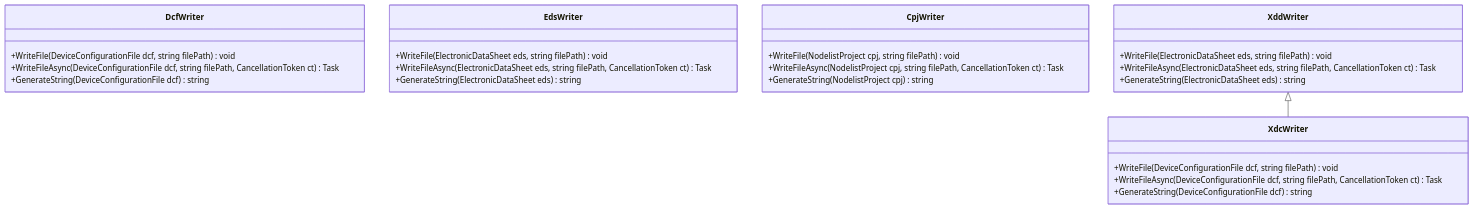
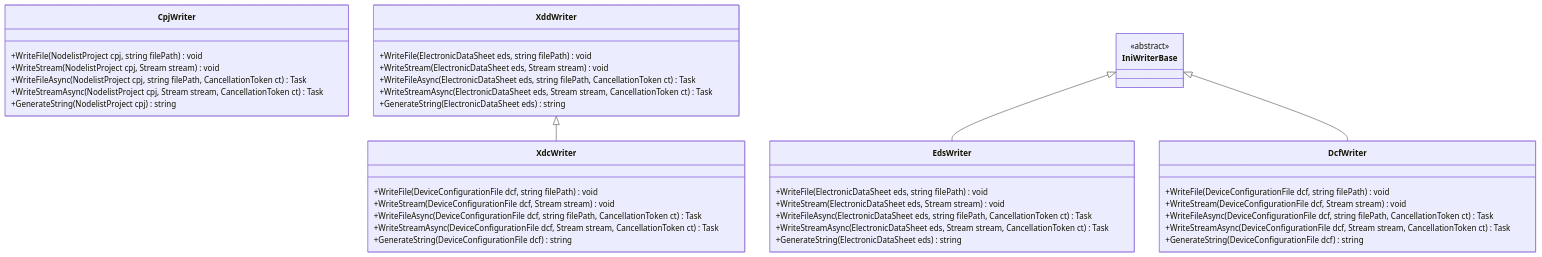
One commit to dborgards/eds-dcf-net changed the third of 8 diagrams in docs/architecture/05-building-block-view.md. Above: the diagram before and after it, drawn with Mermaid. The commit also changed other lines of this file and 6 other files, not shown here.

````diff
--- a/docs/architecture/05-building-block-view.md
+++ b/docs/architecture/05-building-block-view.md
@@ -154,34 +156,50 @@
 ```mermaid
 classDiagram
     class DcfWriter {
         +WriteFile(DeviceConfigurationFile dcf, string filePath) void
+        +WriteStream(DeviceConfigurationFile dcf, Stream stream) void
         +WriteFileAsync(DeviceConfigurationFile dcf, string filePath, CancellationToken ct) Task
+        +WriteStreamAsync(DeviceConfigurationFile dcf, Stream stream, CancellationToken ct) Task
         +GenerateString(DeviceConfigurationFile dcf) string
     }
 
     class EdsWriter {
         +WriteFile(ElectronicDataSheet eds, string filePath) void
+        +WriteStream(ElectronicDataSheet eds, Stream stream) void
         +WriteFileAsync(ElectronicDataSheet eds, string filePath, CancellationToken ct) Task
+        +WriteStreamAsync(ElectronicDataSheet eds, Stream stream, CancellationToken ct) Task
         +GenerateString(ElectronicDataSheet eds) string
     }
 
     class CpjWriter {
         +WriteFile(NodelistProject cpj, string filePath) void
+        +WriteStream(NodelistProject cpj, Stream stream) void
         +WriteFileAsync(NodelistProject cpj, string filePath, CancellationToken ct) Task
+        +WriteStreamAsync(NodelistProject cpj, Stream stream, CancellationToken ct) Task
         +GenerateString(NodelistProject cpj) string
     }
 
     class XddWriter {
         +WriteFile(ElectronicDataSheet eds, string filePath) void
+        +WriteStream(ElectronicDataSheet eds, Stream stream) void
         +WriteFileAsync(ElectronicDataSheet eds, string filePath, CancellationToken ct) Task
+        +WriteStreamAsync(ElectronicDataSheet eds, Stream stream, CancellationToken ct) Task
         +GenerateString(ElectronicDataSheet eds) string
     }
 
     class XdcWriter {
         +WriteFile(DeviceConfigurationFile dcf, string filePath) void
+        +WriteStream(DeviceConfigurationFile dcf, Stream stream) void
         +WriteFileAsync(DeviceConfigurationFile dcf, string filePath, CancellationToken ct) Task
+        +WriteStreamAsync(DeviceConfigurationFile dcf, Stream stream, CancellationToken ct) Task
         +GenerateString(DeviceConfigurationFile dcf) string
     }
 
+    class IniWriterBase {
+        <<abstract>>
+    }
+
+    IniWriterBase <|-- EdsWriter
+    IniWriterBase <|-- DcfWriter
     XddWriter <|-- XdcWriter
 ```
````
